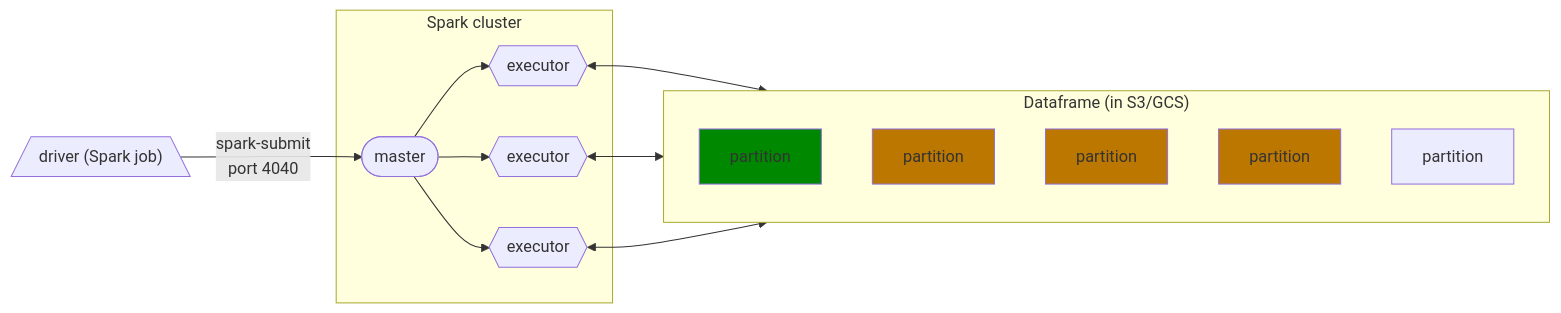
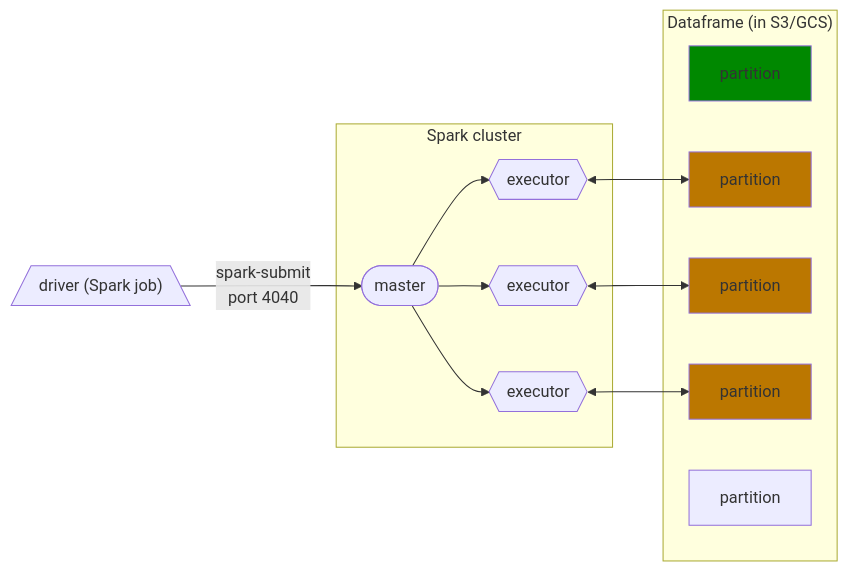
Before and after one commit to ziritrion/dataeng-zoomcamp: the eighth of 12 diagrams in notes/5_batch_processing.md, drawn with Mermaid. The commit also changed other lines of this file and 1 other file, not shown here.

````diff
--- a/notes/5_batch_processing.md
+++ b/notes/5_batch_processing.md
@@ -517,20 +517,19 @@
 ```mermaid
 flowchart LR;
     a[/"driver (Spark job)"\]--"spark-submit<br/>port 4040"-->master
     subgraph cluster ["Spark cluster"]
     master(["master"])
     master-->e1{{executor}}
     master-->e2{{executor}}
     master-->e3{{executor}}
     end
     subgraph df ["Dataframe (in S3/GCS)"]
-    direction TB
     p0[partition]
     e1<-->p1[partition]:::running
     e2<-->p2[partition]:::running
     e3<-->p3[partition]:::running
     p4[partition]
     style p0 fill:#080
     classDef running fill:#b70;
     end
 ```
````
